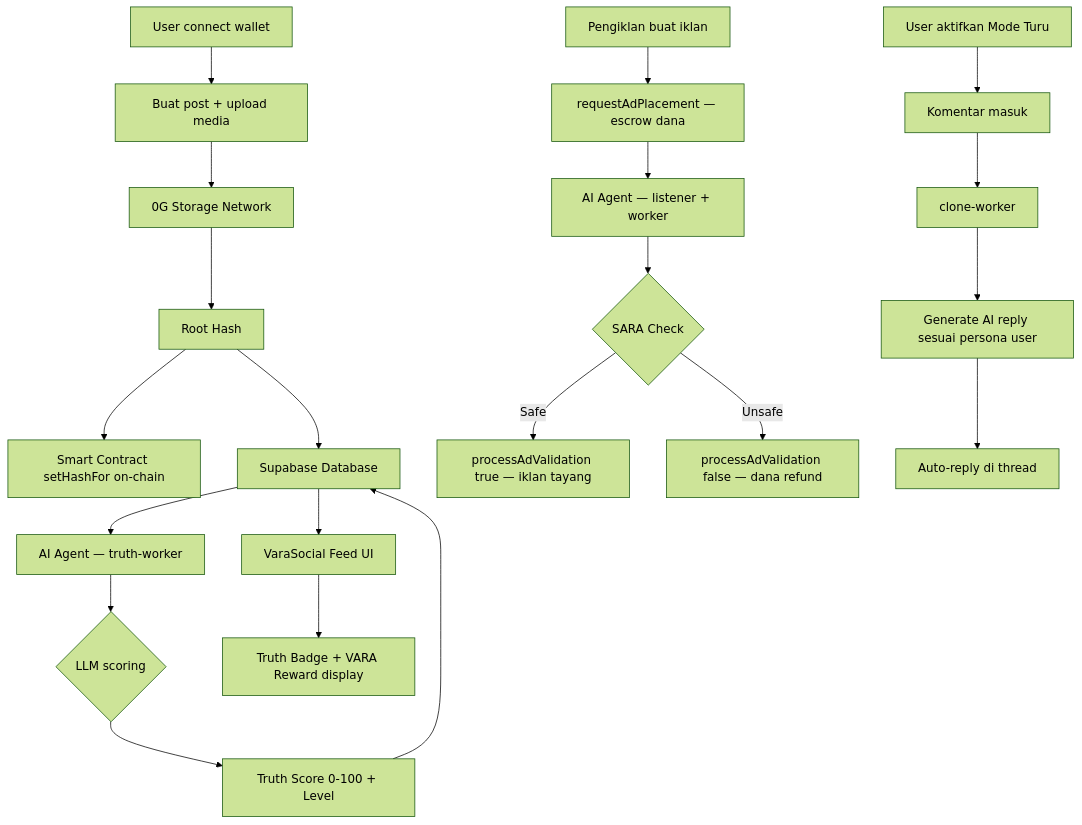
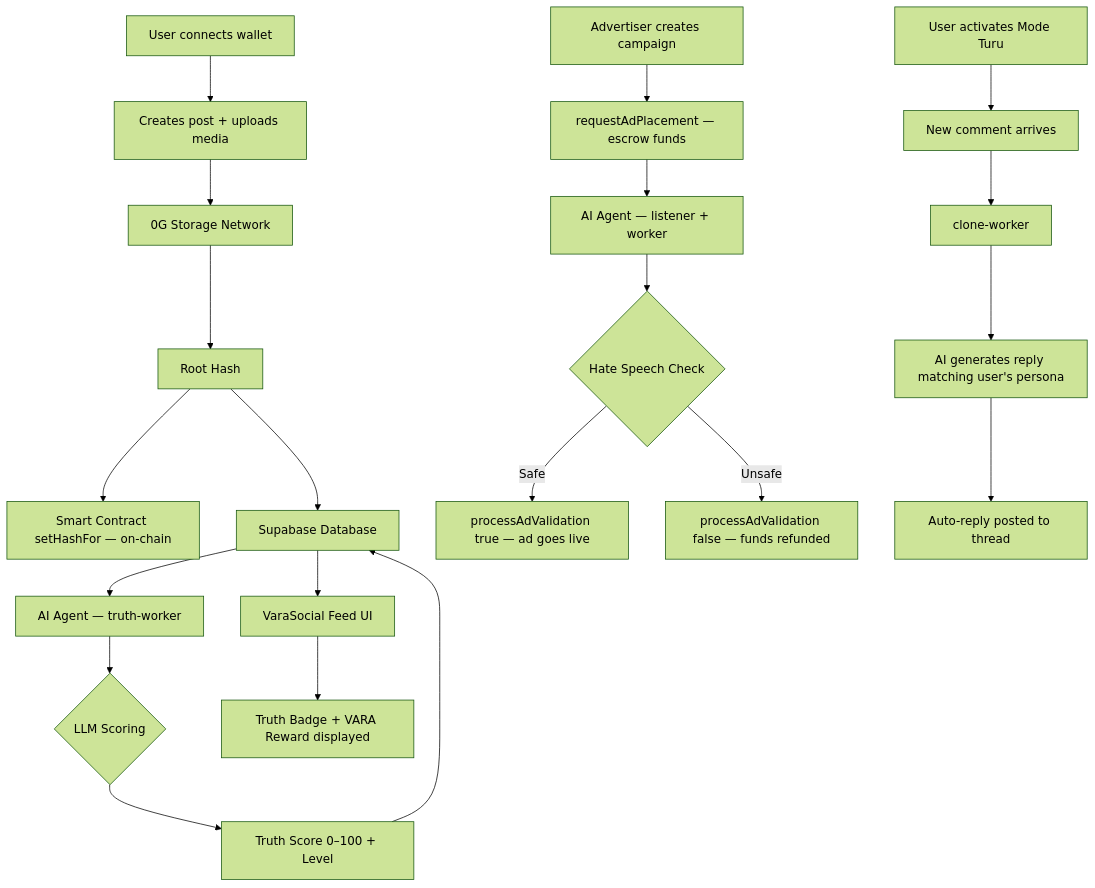
The diagram in README.md (artomily/varasocial), drawn with Mermaid (forest theme) before and after one commit. The commit also changed other lines of this file, not shown here.

````diff
--- a/README.md
+++ b/README.md
@@ -144,25 +144,25 @@
 ```mermaid
 flowchart TD
-  A[User connect wallet] --> B[Buat post + upload media]
+  A[User connects wallet] --> B[Creates post + uploads media]
   B --> C[0G Storage Network]
   C --> D[Root Hash]
-  D --> E[Smart Contract setHashFor on-chain]
+  D --> E[Smart Contract setHashFor — on-chain]
   D --> F[Supabase Database]
   F --> G[AI Agent — truth-worker]
-  G --> H{LLM scoring}
-  H --> I[Truth Score 0-100 + Level]
+  G --> H{LLM Scoring}
+  H --> I[Truth Score 0–100 + Level]
   I --> F
   F --> J[VaraSocial Feed UI]
-  J --> K[Truth Badge + VARA Reward display]
+  J --> K[Truth Badge + VARA Reward displayed]
 
-  L[Pengiklan buat iklan] --> M[requestAdPlacement — escrow dana]
+  L[Advertiser creates campaign] --> M[requestAdPlacement — escrow funds]
   M --> N[AI Agent — listener + worker]
-  N --> O{SARA Check}
-  O -->|Safe| P[processAdValidation true — iklan tayang]
-  O -->|Unsafe| Q[processAdValidation false — dana refund]
+  N --> O{Hate Speech Check}
+  O -->|Safe| P[processAdValidation true — ad goes live]
+  O -->|Unsafe| Q[processAdValidation false — funds refunded]
 
-  R[User aktifkan Mode Turu] --> S[Komentar masuk]
+  R[User activates Mode Turu] --> S[New comment arrives]
   S --> T[clone-worker]
-  T --> U[Generate AI reply sesuai persona user]
-  U --> V[Auto-reply di thread]
+  T --> U[AI generates reply matching user's persona]
+  U --> V[Auto-reply posted to thread]
 ```
````
